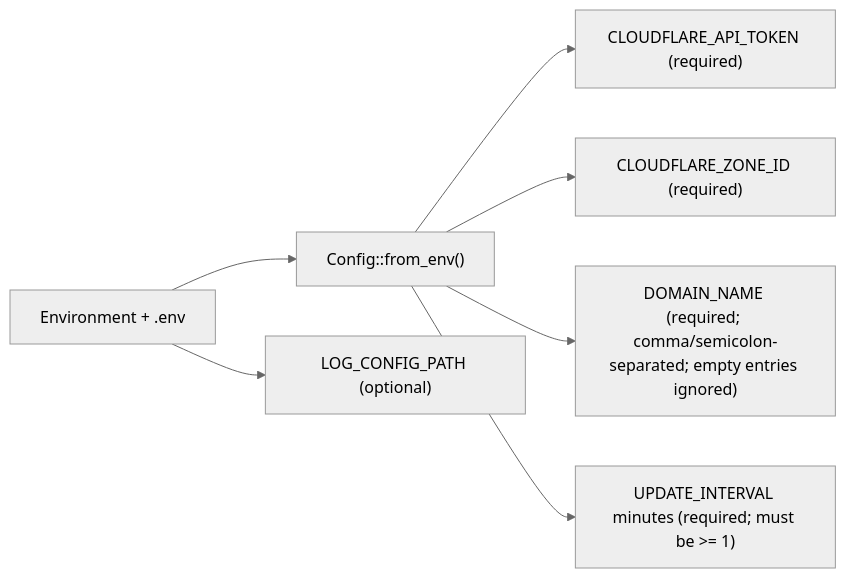
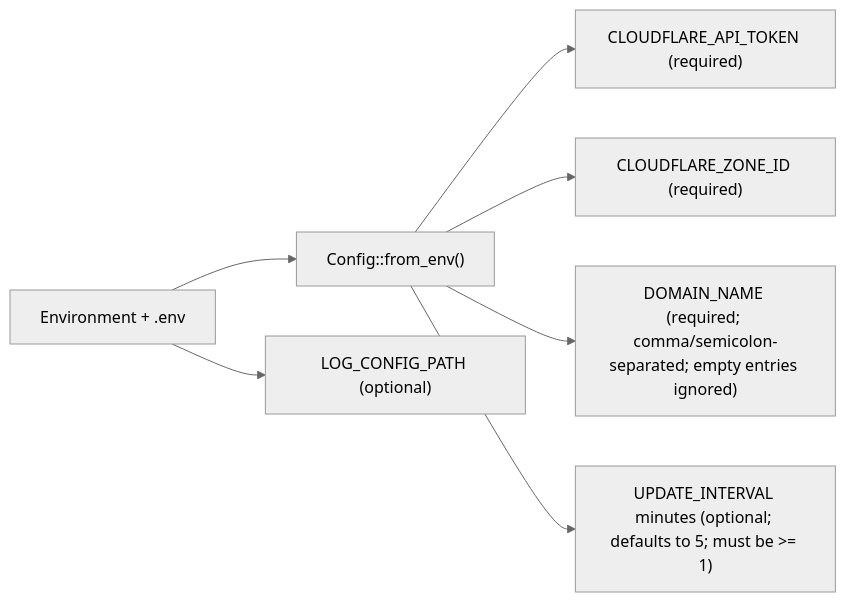
The second of 6 diagrams in WORKFLOW.md (BattermanZ/FlareSync), drawn with Mermaid (neutral theme) before and after one commit. The commit also changed other lines of this file and 5 other files, not shown here.

````diff
--- a/WORKFLOW.md
+++ b/WORKFLOW.md
@@ -38,9 +38,9 @@
 ```mermaid
 flowchart LR
   ENV["Environment + .env"] --> CFG["Config::from_env()"]
   CFG --> TOK["CLOUDFLARE_API_TOKEN (required)"]
   CFG --> ZID["CLOUDFLARE_ZONE_ID (required)"]
   CFG --> DOM["DOMAIN_NAME (required; comma/semicolon-separated; empty entries ignored)"]
-  CFG --> INT["UPDATE_INTERVAL minutes (required; must be >= 1)"]
+  CFG --> INT["UPDATE_INTERVAL minutes (optional; defaults to 5; must be >= 1)"]
   ENV --> LOG["LOG_CONFIG_PATH (optional)"]
 ```
````
